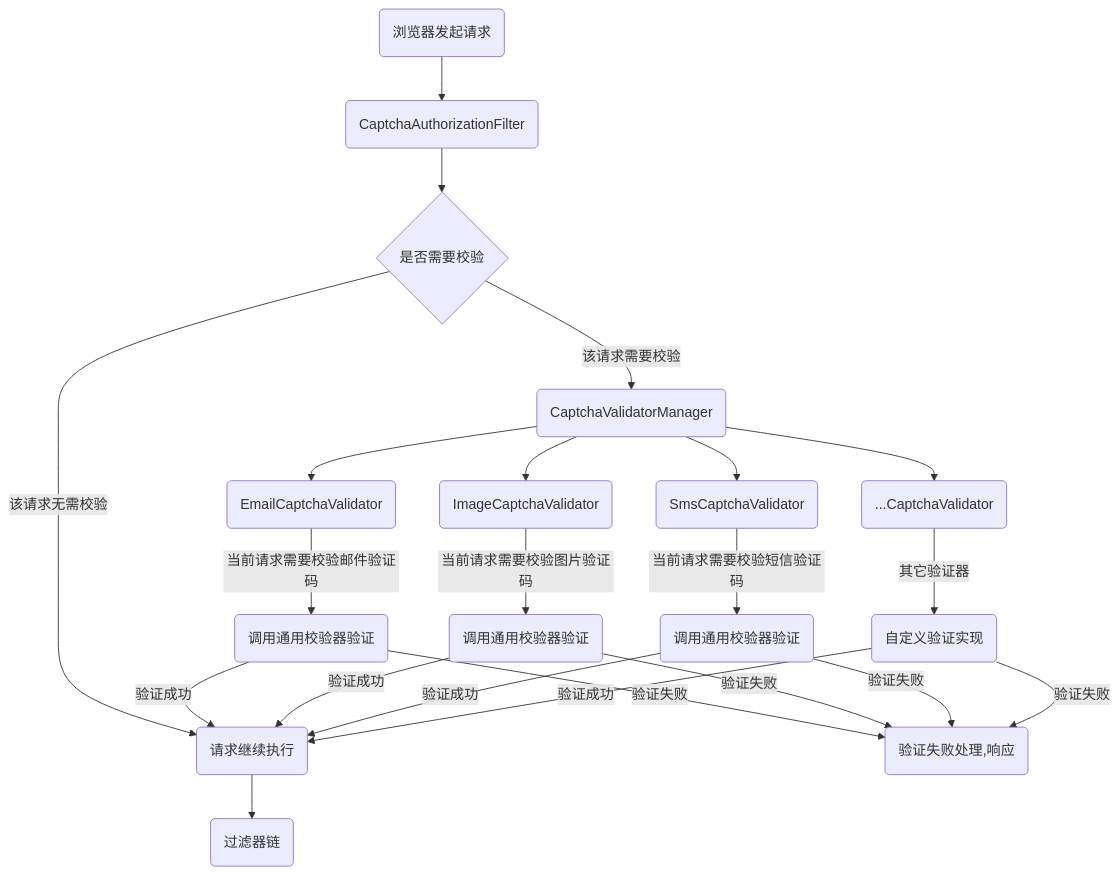
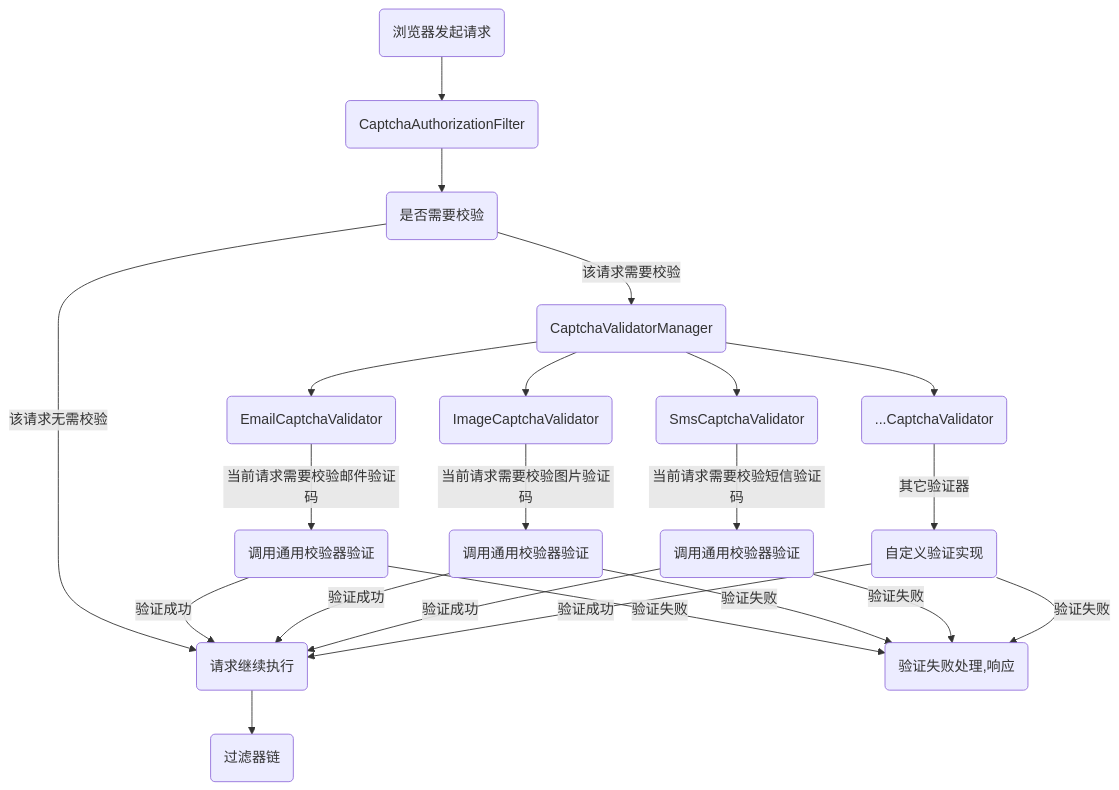
The first of 3 diagrams in README.md (vains-Sofia/oauth2-security-spring-boot-starter), drawn with Mermaid before and after one commit.

Commit message:
优化流程图

````diff
--- a/README.md
+++ b/README.md
@@ -237,28 +237,28 @@
 ```mermaid
 graph TB
 	start(浏览器发起请求) --> filter(CaptchaAuthorizationFilter)
-	filter --> a{是否需要校验}
+	filter --> a(是否需要校验)
 	a --> |该请求无需校验| c(请求继续执行)
 	c --> chain(过滤器链)
 	a --> |该请求需要校验| manager(CaptchaValidatorManager)
 	manager --> email(EmailCaptchaValidator)
 	manager --> image(ImageCaptchaValidator)
 	manager --> sms(SmsCaptchaValidator)
 	manager --> other(...CaptchaValidator)
 	
 	email --> |当前请求需要校验邮件验证码| b(调用通用校验器验证)
 	image --> |当前请求需要校验图片验证码| d(调用通用校验器验证)
 	sms --> |当前请求需要校验短信验证码| e(调用通用校验器验证)
 	other --> |其它验证器| f(自定义验证实现)
 	
 	failure(验证失败处理,响应)
 	b --> |验证失败| failure 
 	d --> |验证失败| failure 
 	e --> |验证失败| failure
 	f --> |验证失败| failure
 	
 	b --> |验证成功| c 
 	d --> |验证成功| c
 	e --> |验证成功| c
 	f --> |验证成功| c
 ```
````
